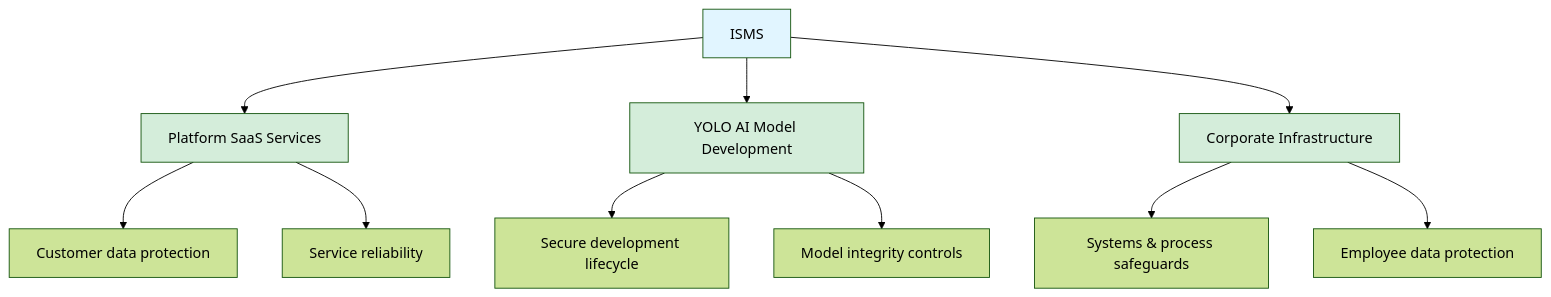
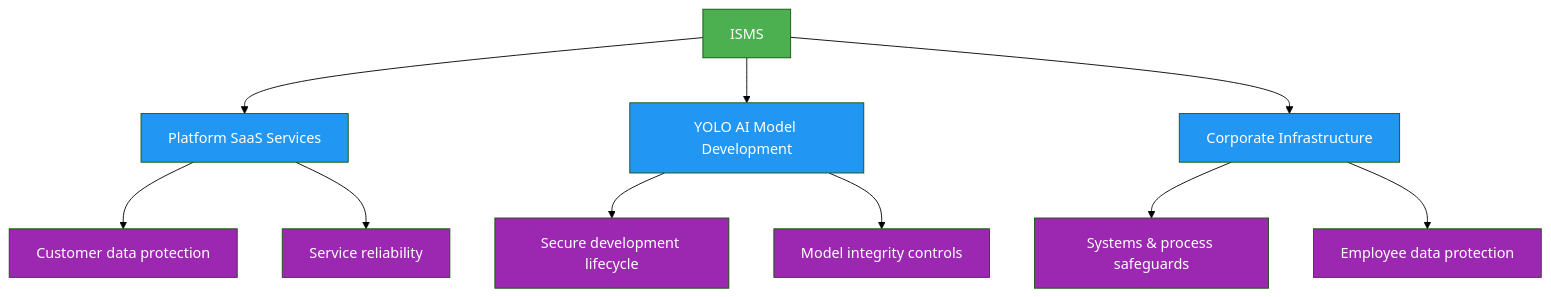
The diagram in docs/en/security/isms.md (ultralytics/handbook), drawn with Mermaid (forest theme) before and after one commit. The commit also changed 16 other files, not shown here.

Commit message:
Standardize Mermaid diagram colors (#302)

````diff
--- a/docs/en/security/isms.md
+++ b/docs/en/security/isms.md
@@ -49,18 +49,17 @@
 ```mermaid
 graph TD
-    ISMS[ISMS] --> A[Platform SaaS Services]
-    ISMS --> B[YOLO AI Model Development]
-    ISMS --> C[Corporate Infrastructure]
+    ISMS[ISMS]:::start --> A[Platform SaaS Services]:::proc
+    ISMS --> B[YOLO AI Model Development]:::proc
+    ISMS --> C[Corporate Infrastructure]:::proc
 
-    A --> A1[Customer data protection]
-    A --> A2[Service reliability]
-    B --> B1[Secure development lifecycle]
-    B --> B2[Model integrity controls]
-    C --> C1[Systems & process safeguards]
-    C --> C2[Employee data protection]
+    A --> A1[Customer data protection]:::out
+    A --> A2[Service reliability]:::out
+    B --> B1[Secure development lifecycle]:::out
+    B --> B2[Model integrity controls]:::out
+    C --> C1[Systems & process safeguards]:::out
+    C --> C2[Employee data protection]:::out
 
-    style ISMS fill:#e1f5ff
-    style A fill:#d4edda
-    style B fill:#d4edda
-    style C fill:#d4edda
+    classDef start fill:#4CAF50,color:#fff
+    classDef proc fill:#2196F3,color:#fff
+    classDef out fill:#9C27B0,color:#fff
 ```
````
